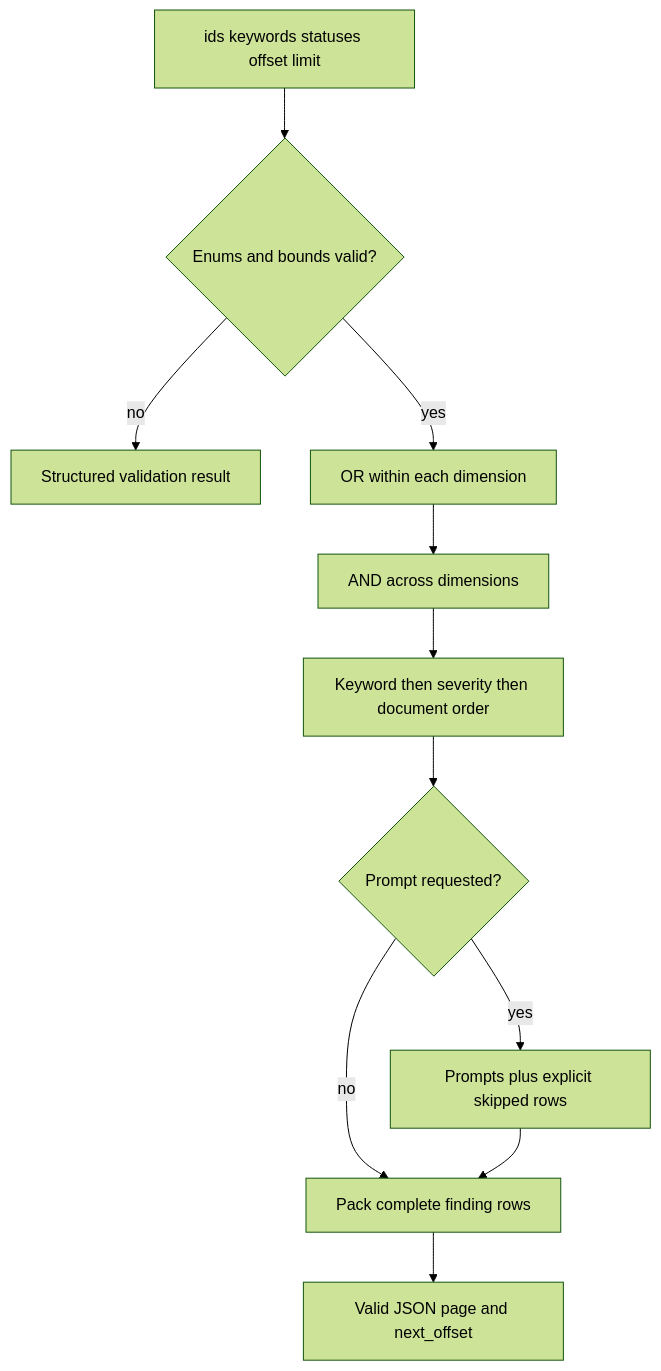
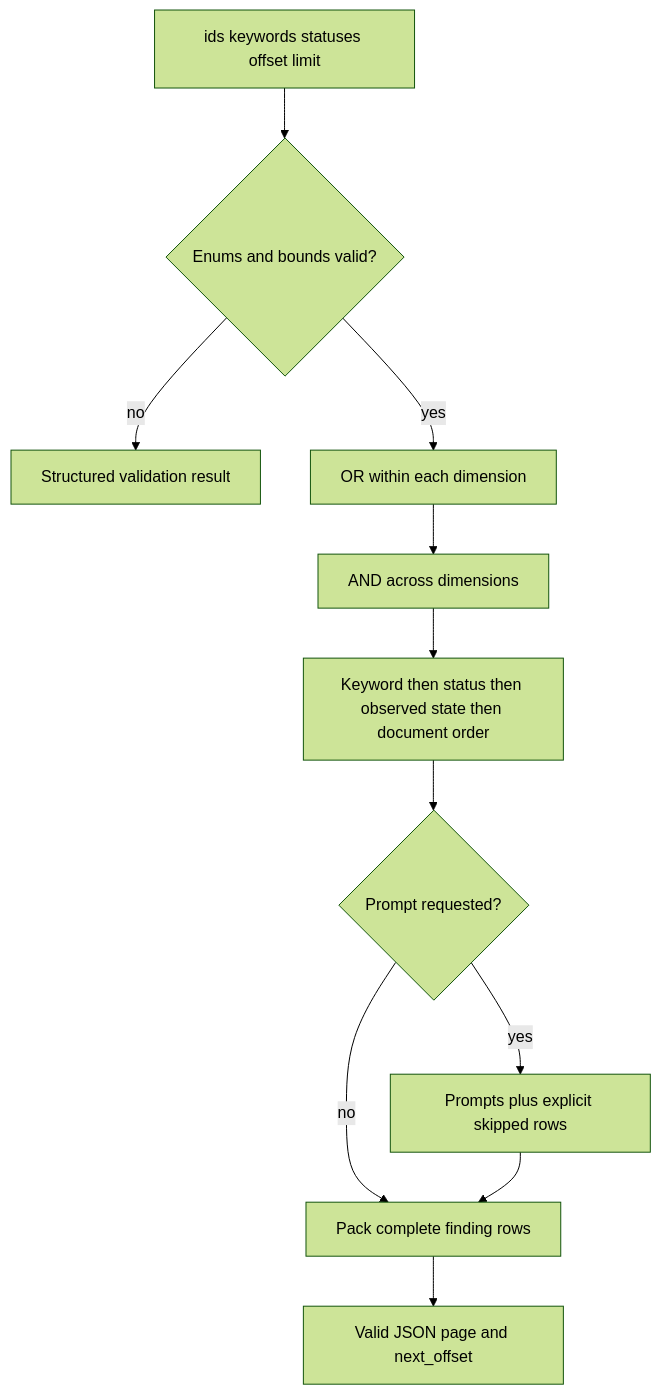
One commit to brettdavies/agentnative-site changed the second of 2 diagrams in docs/plans/2026-08-27-1333-feat-web-audit-agent-remediation-plan.md. Above: the diagram before and after it, drawn with Mermaid (forest theme). The commit also changed other lines of this file, not shown here.

````diff
--- a/docs/plans/2026-08-27-1333-feat-web-audit-agent-remediation-plan.md
+++ b/docs/plans/2026-08-27-1333-feat-web-audit-agent-remediation-plan.md
@@ -156,13 +167,13 @@
 ```mermaid
 flowchart TB
   input[ids keywords statuses offset limit] --> validate{Enums and bounds valid?}
   validate -->|no| invalid[Structured validation result]
   validate -->|yes| select[OR within each dimension]
   select --> intersect[AND across dimensions]
-  intersect --> order[Keyword then severity then document order]
+  intersect --> order[Keyword then status then observed state then document order]
   order --> eligible{Prompt requested?}
   eligible -->|no| pack[Pack complete finding rows]
   eligible -->|yes| split[Prompts plus explicit skipped rows]
   split --> pack
   pack --> page[Valid JSON page and next_offset]
 ```
````
